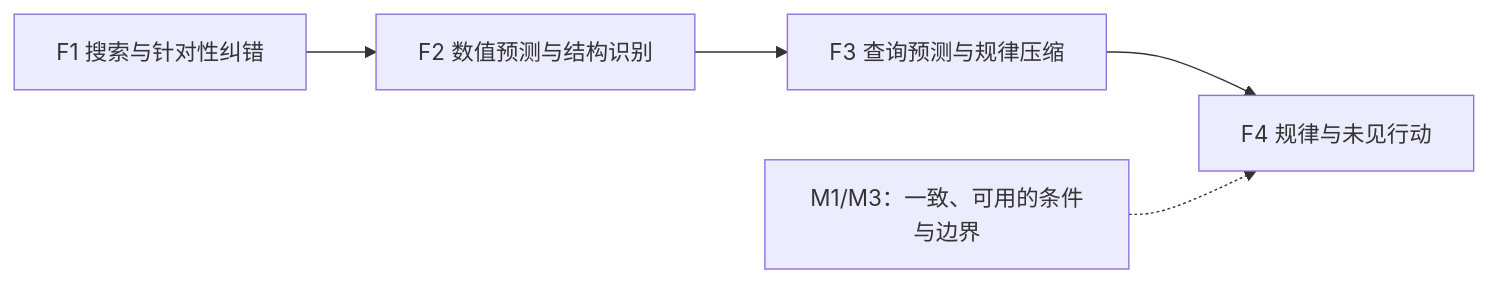
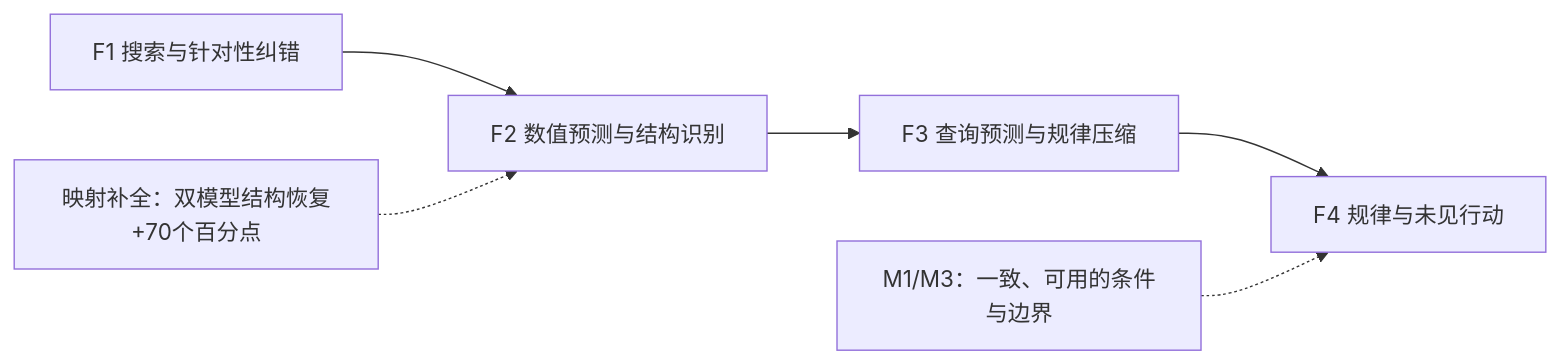
Before and after one commit to sunyrain/ChemWorld: the diagram in paper/prior_discovery_story_zh.md, drawn with Mermaid. The commit also changed other lines of this file and 39 other files, not shown here.

````diff
--- a/paper/prior_discovery_story_zh.md
+++ b/paper/prior_discovery_story_zh.md
@@ -128,7 +140,8 @@
 ```mermaid
 flowchart LR
     A["F1 搜索与针对性纠错"] --> B["F2 数值预测与结构识别"]
     B --> C["F3 查询预测与规律压缩"]
     C --> D["F4 规律与未见行动"]
     E["M1/M3：一致、可用的条件与边界"] -.-> D
+    F["映射补全：双模型结构恢复+70个百分点"] -.-> B
 ```
````
